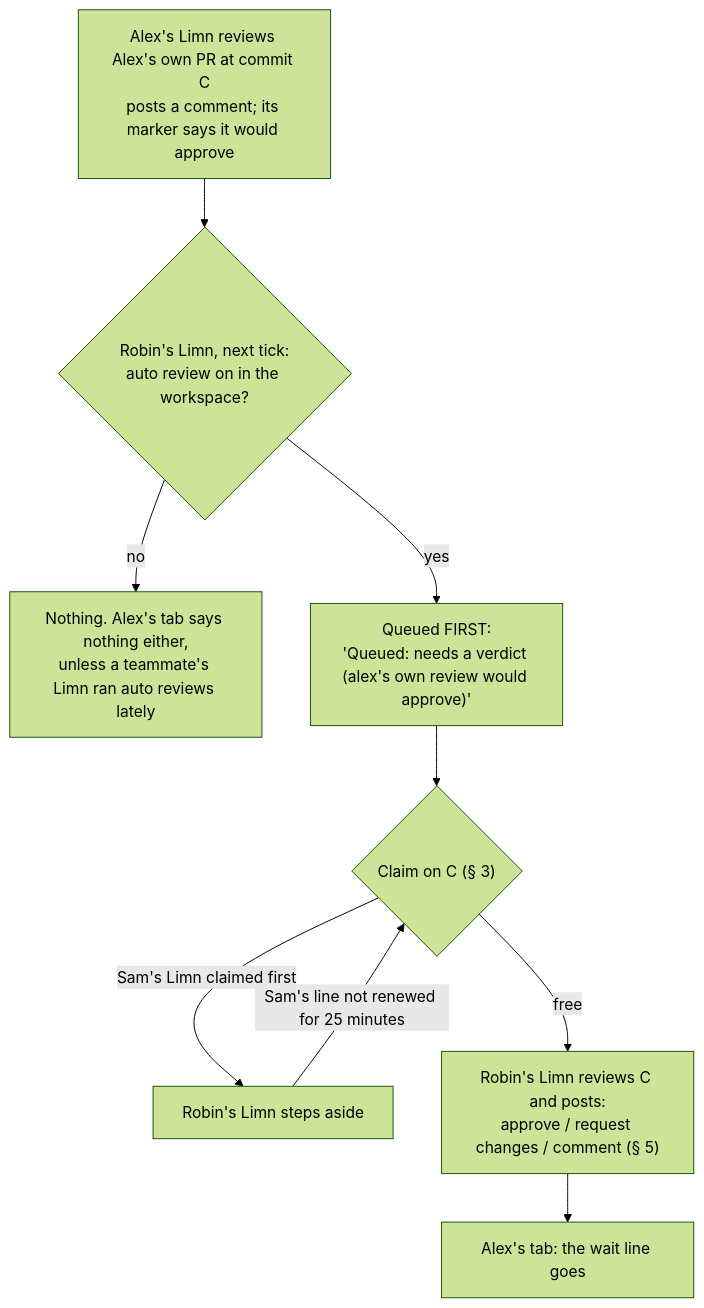
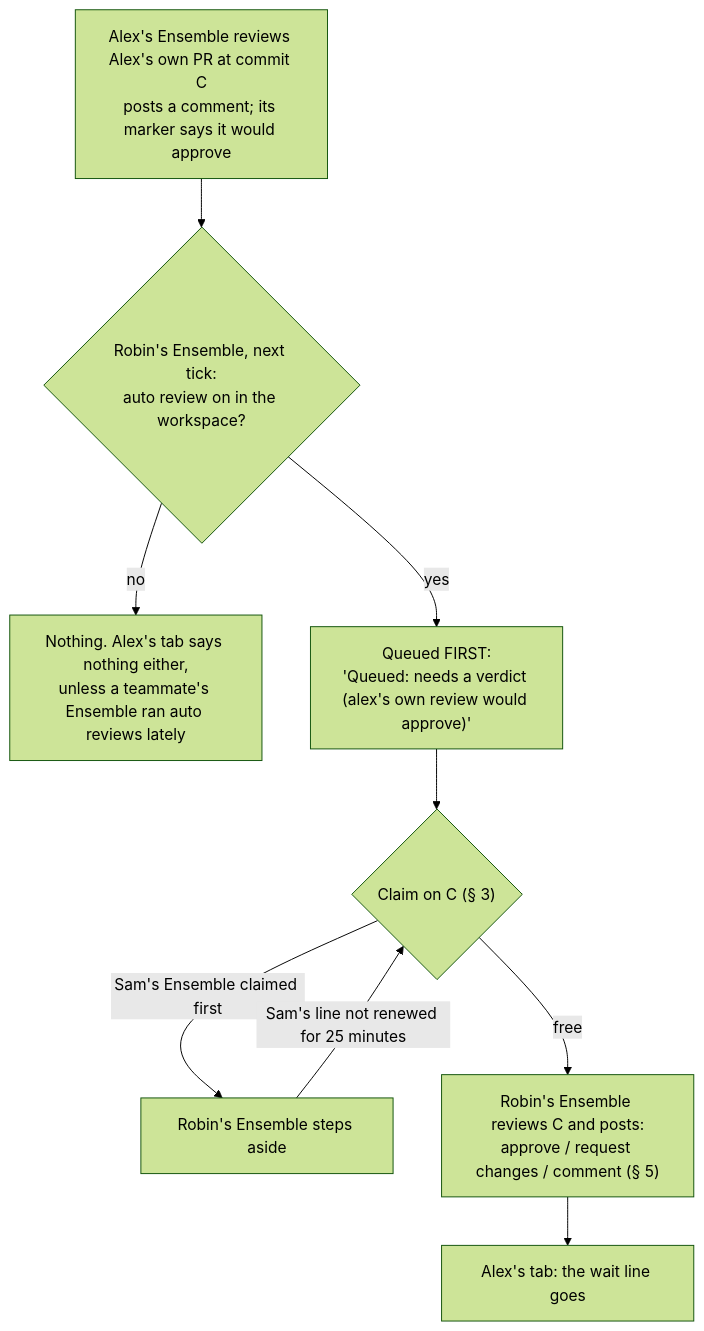
The fourth of 8 diagrams in docs/TEAM-REVIEW.md (alexwakeman/pierre-review), drawn with Mermaid (forest theme) before and after one commit. The commit also changed other lines of this file and 151 other files, not shown here.

````diff
--- a/docs/TEAM-REVIEW.md
+++ b/docs/TEAM-REVIEW.md
@@ -292,11 +332,11 @@
 ```mermaid
 flowchart TD
-  A["Alex's Limn reviews Alex's own PR at commit C<br/>posts a comment; its marker says it would approve"] --> S{"Robin's Limn, next tick:<br/>auto review on in the workspace?"}
-  S -- no --> N["Nothing. Alex's tab says nothing either,<br/>unless a teammate's Limn ran auto reviews lately"]
+  A["Alex's Ensemble reviews Alex's own PR at commit C<br/>posts a comment; its marker says it would approve"] --> S{"Robin's Ensemble, next tick:<br/>auto review on in the workspace?"}
+  S -- no --> N["Nothing. Alex's tab says nothing either,<br/>unless a teammate's Ensemble ran auto reviews lately"]
   S -- yes --> Q["Queued FIRST:<br/>'Queued: needs a verdict (alex's own review would approve)'"]
   Q --> C{"Claim on C (§ 3)"}
-  C -- "Sam's Limn claimed first" --> W["Robin's Limn steps aside"]
+  C -- "Sam's Ensemble claimed first" --> W["Robin's Ensemble steps aside"]
   W -- "Sam's line not renewed for 25 minutes" --> C
-  C -- free --> R["Robin's Limn reviews C and posts:<br/>approve / request changes / comment (§ 5)"]
+  C -- free --> R["Robin's Ensemble reviews C and posts:<br/>approve / request changes / comment (§ 5)"]
   R --> D["Alex's tab: the wait line goes"]
 ```
````
